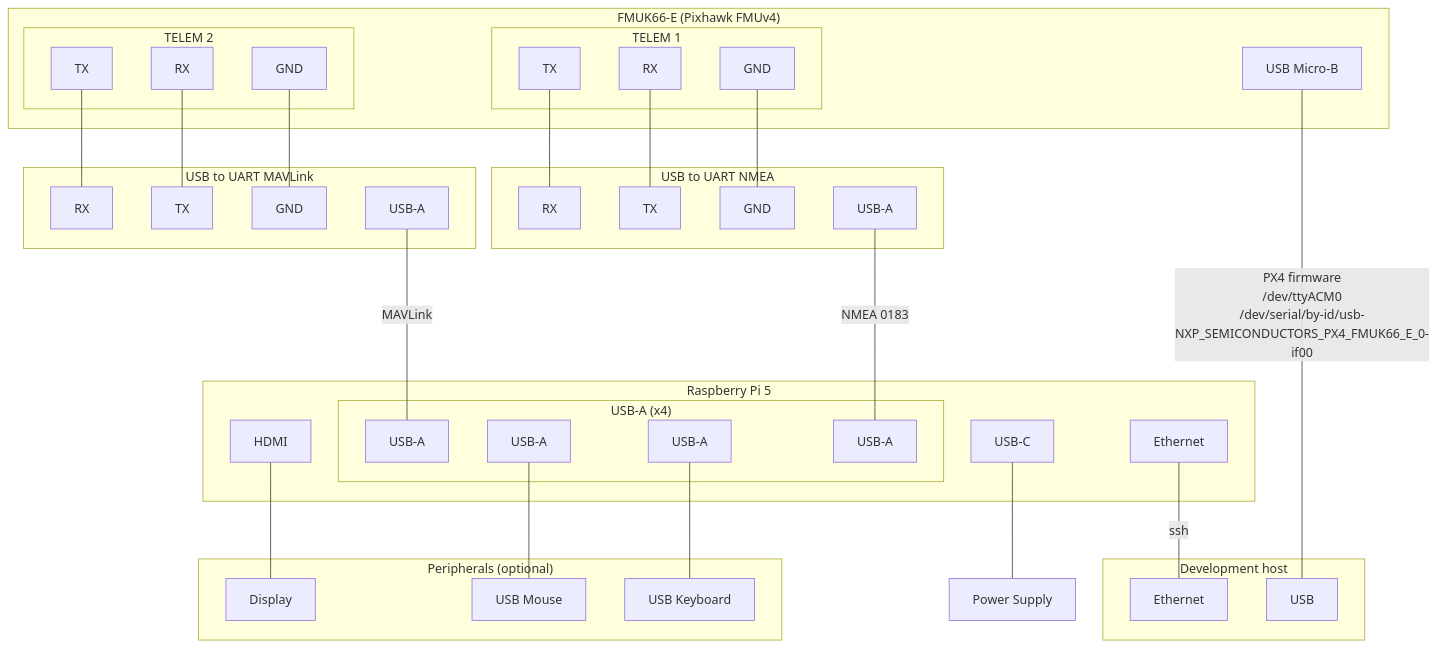
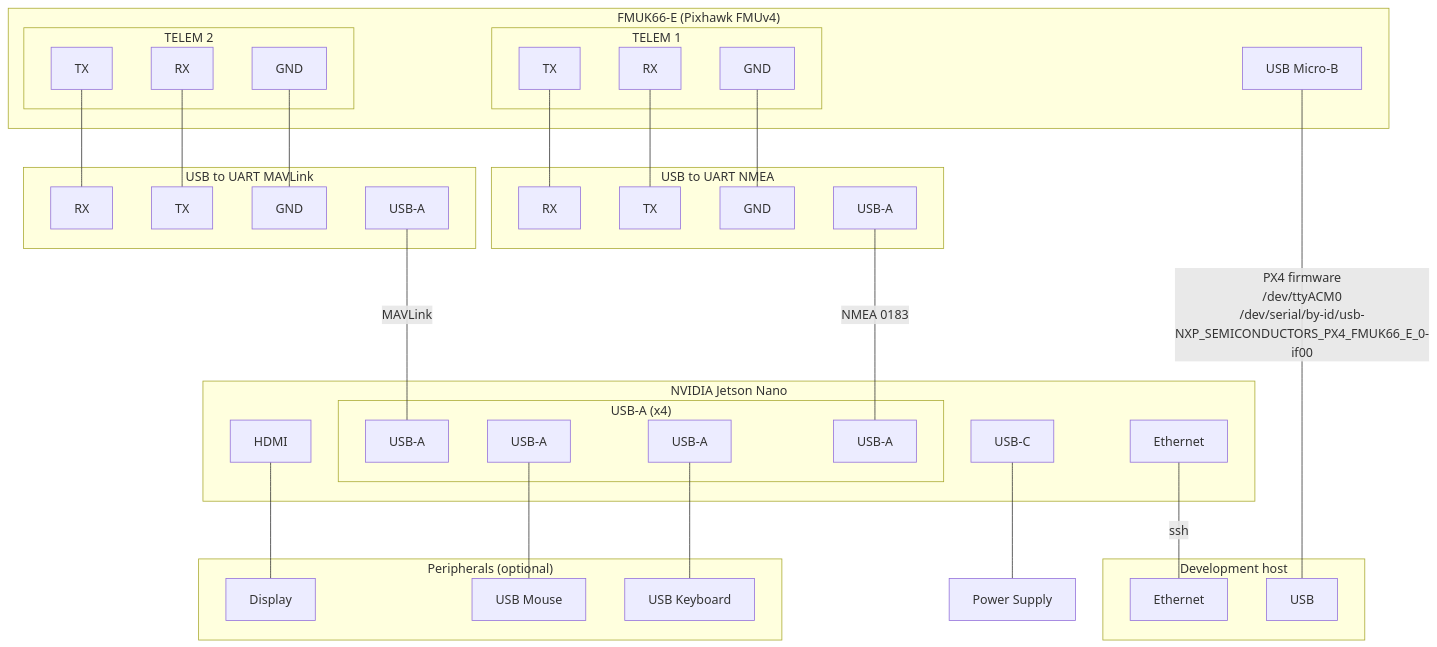
One commit to hmakelin/gisnav changed the diagram in docs/vitepress/docs/hil-pixhawk.md. Above: the diagram before and after it, drawn with Mermaid. The commit also changed other lines of this file and 4 other files, not shown here.

````diff
--- a/docs/vitepress/docs/hil-pixhawk.md
+++ b/docs/vitepress/docs/hil-pixhawk.md
@@ -152,63 +38,63 @@
 ```mermaid
 graph TB
     subgraph "FMUK66-E (Pixhawk FMUv4)"
         subgraph "TELEM 1"
             FMU_TELEM1_RX[RX]
             FMU_TELEM1_TX[TX]
             FMU_TELEM1_GND[GND]
         end
         subgraph "TELEM 2"
             FMU_TELEM2_RX[RX]
             FMU_TELEM2_TX[TX]
             FMU_TELEM2_GND[GND]
         end
         FMU_USB[USB Micro-B]
     end
     subgraph "Development host"
         Laptop_ETH[Ethernet]
         Laptop_USB[USB]
     end
-    subgraph "Raspberry Pi 5"
+    subgraph "NVIDIA Jetson Nano"
         subgraph USB["USB-A (x4)"]
             Pi_USB_MAVLink[USB-A]
             Pi_USB_Mouse[USB-A]
             Pi_USB_Keyboard[USB-A]
             Pi_USB_NMEA[USB-A]
         end
         Pi_USB_C["USB-C"]
         Pi_HDMI[HDMI]
         Pi_ETH[Ethernet]
     end
     subgraph "USB to UART NMEA"
         Converter_RX_NMEA[RX]
         Converter_TX_NMEA[TX]
         Converter_GND_NMEA[GND]
         Converter_USB_NMEA[USB-A]
     end
     subgraph "USB to UART MAVLink"
         Converter_RX_MAVLink[RX]
         Converter_TX_MAVLink[TX]
         Converter_GND_MAVLink[GND]
         Converter_USB_MAVLink[USB-A]
     end
     Socket[Power Supply]
     subgraph "Peripherals (optional)"
         Display[Display]
         Mouse[USB Mouse]
         Keyboard[USB Keyboard]
     end
     FMU_TELEM2_TX --- Converter_RX_MAVLink
     FMU_TELEM2_RX --- Converter_TX_MAVLink
     FMU_TELEM2_GND --- Converter_GND_MAVLink
     FMU_TELEM1_TX --- Converter_RX_NMEA
     FMU_TELEM1_RX --- Converter_TX_NMEA
     FMU_TELEM1_GND --- Converter_GND_NMEA
     FMU_USB ---|PX4 firmware\n/dev/ttyACM0\n/dev/serial/by-id/usb-NXP_SEMICONDUCTORS_PX4_FMUK66_E_0-if00| Laptop_USB
     Converter_USB_MAVLink ---|MAVLink| Pi_USB_MAVLink
     Converter_USB_NMEA ---|NMEA 0183| Pi_USB_NMEA
     Pi_USB_C --- Socket
     Pi_HDMI --- Display
     Pi_USB_Mouse --- Mouse
     Pi_USB_Keyboard --- Keyboard
     Pi_ETH ---|ssh| Laptop_ETH
 ```
````
